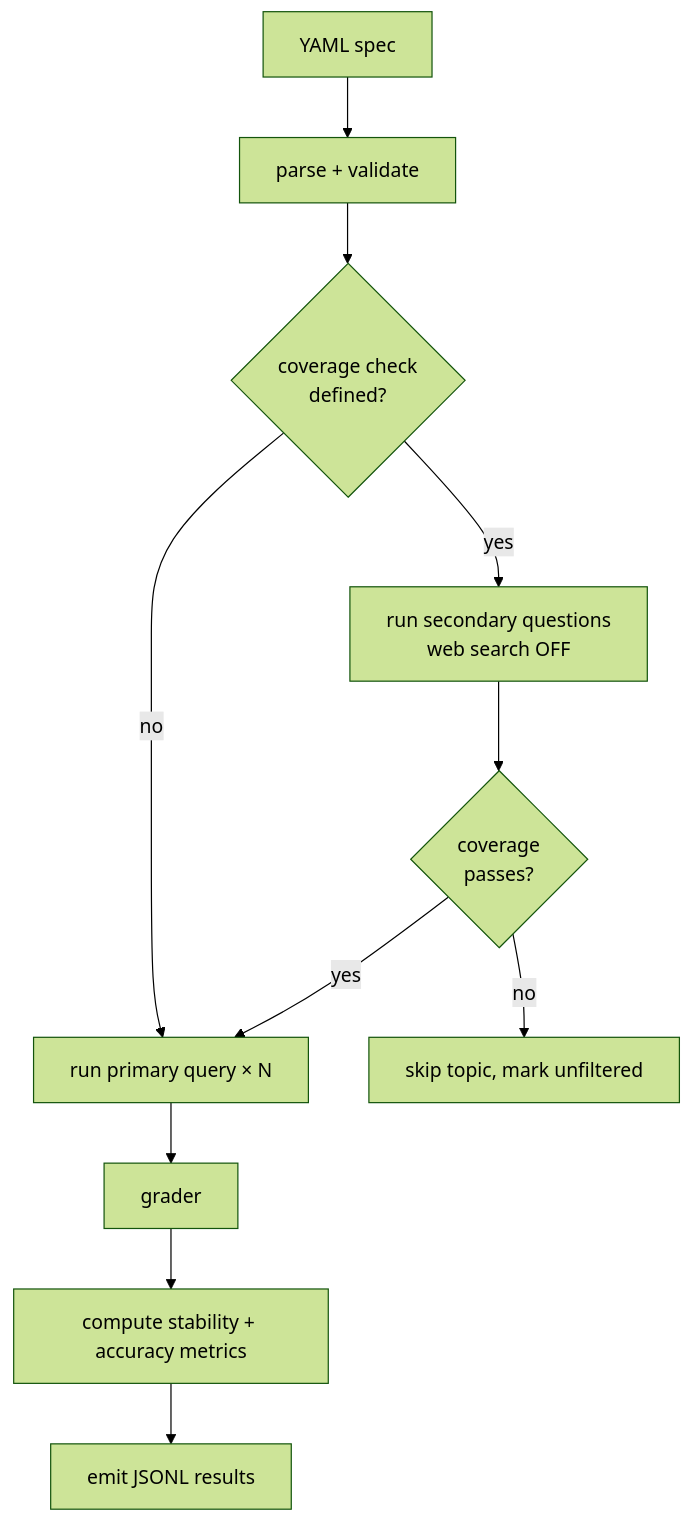
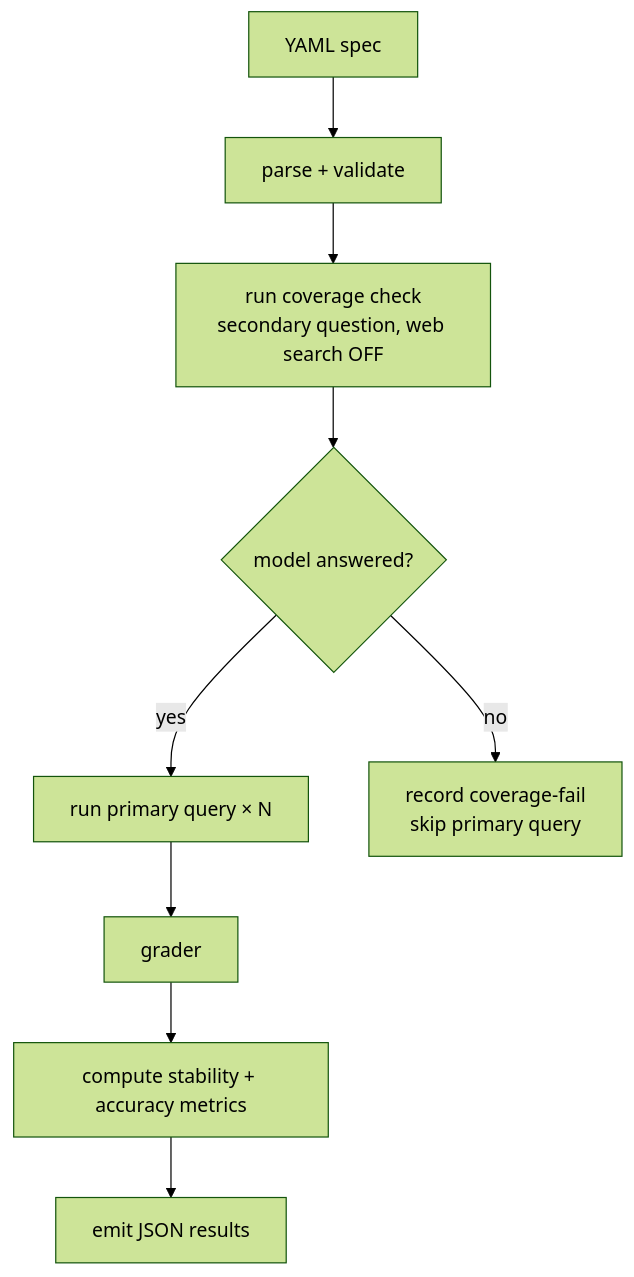
The diagram in docs/architecture.md (jarretmorton/LLM-Accuracy-Eval), drawn with Mermaid (forest theme) before and after one commit. The commit also changed other lines of this file, not shown here.

Commit message:
Updated architecture doc for recent progress.

````diff
--- a/docs/architecture.md
+++ b/docs/architecture.md
@@ -21,13 +21,11 @@
 ```mermaid
 flowchart TD
     S[YAML spec] --> P[parse + validate]
-    P --> C{coverage check<br/>defined?}
-    C -->|yes| CC[run secondary questions<br/>web search OFF]
-    CC --> F{coverage<br/>passes?}
-    C -->|no| R[run primary query × N]
-    F -->|yes| R
-    F -->|no| SK[skip topic, mark unfiltered]
+    P --> CC[run coverage check<br/>secondary question, web search OFF]
+    CC --> F{model answered?}
+    F -->|yes| R[run primary query × N]
+    F -->|no| SK[record coverage-fail<br/>skip primary query]
     R --> G[grader]
     G --> M[compute stability + accuracy metrics]
-    M --> O[emit JSONL results]
+    M --> O[emit JSON results]
 ```
````
